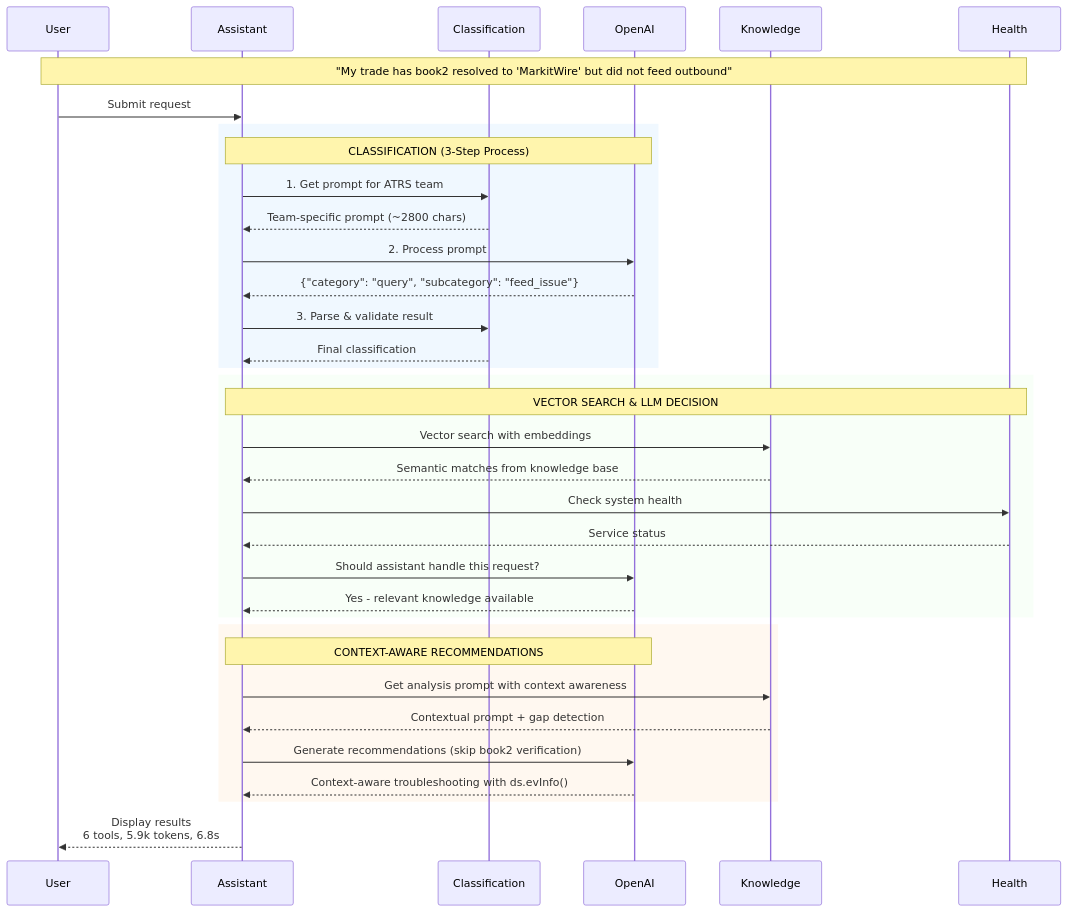
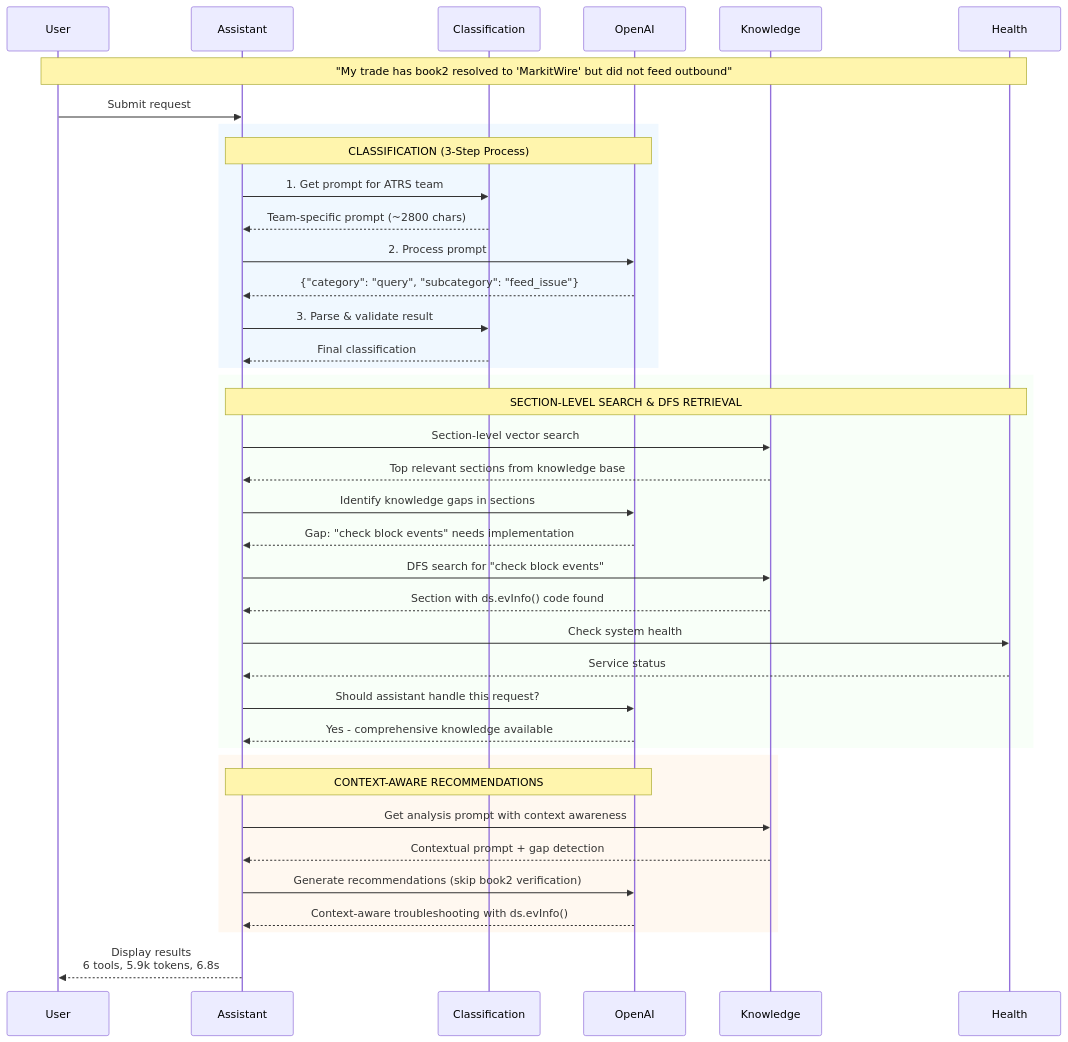
Before and after one commit to repque/support-assistant: the first of 4 diagrams in simplified_flow_diagram.md, drawn with Mermaid. The commit also changed other lines of this file and 5 other files, not shown here.

````diff
--- a/simplified_flow_diagram.md
+++ b/simplified_flow_diagram.md
@@ -5,43 +5,47 @@
 ```mermaid
 sequenceDiagram
     participant User as User
     participant Assistant as Assistant
     participant ClassServer as Classification
     participant LLM as OpenAI
     participant KnowServer as Knowledge
     participant HealthServer as Health
     
     Note over User,HealthServer: "My trade has book2 resolved to 'MarkitWire' but did not feed outbound"
     
     User->>Assistant: Submit request
     
     rect rgb(240, 248, 255)
         Note over Assistant,LLM: CLASSIFICATION (3-Step Process)
         Assistant->>ClassServer: 1. Get prompt for ATRS team
         ClassServer-->>Assistant: Team-specific prompt (~2800 chars)
         Assistant->>LLM: 2. Process prompt
         LLM-->>Assistant: {"category": "query", "subcategory": "feed_issue"}
         Assistant->>ClassServer: 3. Parse & validate result
         ClassServer-->>Assistant: Final classification
     end
     
     rect rgb(248, 255, 248)
-        Note over Assistant,HealthServer: VECTOR SEARCH & LLM DECISION
-        Assistant->>KnowServer: Vector search with embeddings
-        KnowServer-->>Assistant: Semantic matches from knowledge base
+        Note over Assistant,HealthServer: SECTION-LEVEL SEARCH & DFS RETRIEVAL
+        Assistant->>KnowServer: Section-level vector search
+        KnowServer-->>Assistant: Top relevant sections from knowledge base
+        Assistant->>LLM: Identify knowledge gaps in sections
+        LLM-->>Assistant: Gap: "check block events" needs implementation
+        Assistant->>KnowServer: DFS search for "check block events"
+        KnowServer-->>Assistant: Section with ds.evInfo() code found
         Assistant->>HealthServer: Check system health
         HealthServer-->>Assistant: Service status
         Assistant->>LLM: Should assistant handle this request?
-        LLM-->>Assistant: Yes - relevant knowledge available
+        LLM-->>Assistant: Yes - comprehensive knowledge available
     end
     
     rect rgb(255, 248, 240)
         Note over Assistant,LLM: CONTEXT-AWARE RECOMMENDATIONS
         Assistant->>KnowServer: Get analysis prompt with context awareness
         KnowServer-->>Assistant: Contextual prompt + gap detection
         Assistant->>LLM: Generate recommendations (skip book2 verification)
         LLM-->>Assistant: Context-aware troubleshooting with ds.evInfo()
     end
     
     Assistant-->>User: Display results<br/>6 tools, 5.9k tokens, 6.8s
 ```
````
